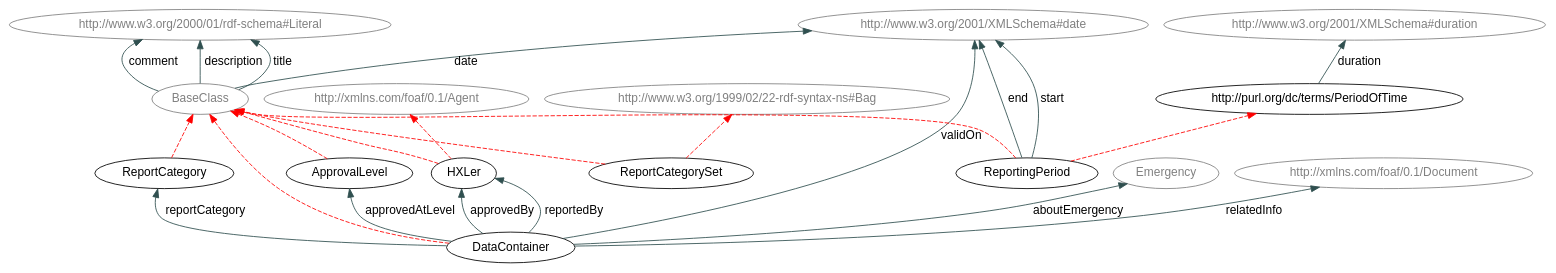
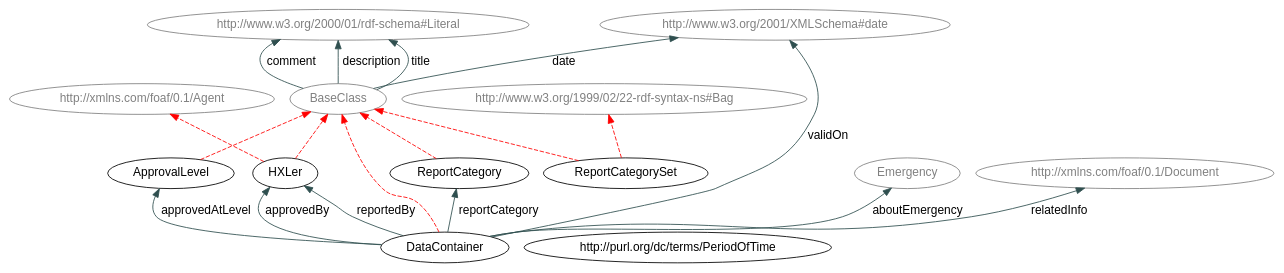
One commit to hxl-team/HXL-Vocab changed the diagram in Tools/metadataSection.dot. Above: the diagram before and after it, drawn with Graphviz. The commit also changed 10 other files, not shown here.

Commit message:
Removed ReportingPeriod class and its start/end properties

```diff
--- a/Tools/metadataSection.dot
+++ b/Tools/metadataSection.dot
@@ -1,61 +1,51 @@
 digraph { 
  rankdir="BT";	
  charset="utf-8";
  overlap=false;
  edge [color=darkslategray];
  edge [fontname=Helvetica];
  node [fontname=Helvetica];
 
 "ApprovalLevel" [ URL = "./#ApprovalLevel"] ;
 		"BaseClass" [ URL = "./#ApprovalLevel" color="gray" fontcolor="gray"] ;
 				"ApprovalLevel" -> "BaseClass" [ color=red style="dashed" ]; 
 			"DataContainer" [ URL = "./#DataContainer"] ;
 		"BaseClass" [ URL = "./#DataContainer" color="gray" fontcolor="gray"] ;
 				"DataContainer" -> "BaseClass" [ color=red style="dashed" ]; 
 			"HXLer" [ URL = "./#HXLer"] ;
 		"http://xmlns.com/foaf/0.1/Agent" [ URL = "./#HXLer" color="gray" fontcolor="gray"] ;
 				"HXLer" -> "http://xmlns.com/foaf/0.1/Agent" [ color=red style="dashed" ]; 
 			"BaseClass" [ URL = "./#HXLer" color="gray" fontcolor="gray"] ;
 				"HXLer" -> "BaseClass" [ color=red style="dashed" ]; 
 			"ReportCategory" [ URL = "./#ReportCategory"] ;
 		"BaseClass" [ URL = "./#ReportCategory" color="gray" fontcolor="gray"] ;
 				"ReportCategory" -> "BaseClass" [ color=red style="dashed" ]; 
 			"ReportCategorySet" [ URL = "./#ReportCategorySet"] ;
 		"BaseClass" [ URL = "./#ReportCategorySet" color="gray" fontcolor="gray"] ;
 				"ReportCategorySet" -> "BaseClass" [ color=red style="dashed" ]; 
 			"http://www.w3.org/1999/02/22-rdf-syntax-ns#Bag" [ URL = "./#ReportCategorySet" color="gray" fontcolor="gray"] ;
 				"ReportCategorySet" -> "http://www.w3.org/1999/02/22-rdf-syntax-ns#Bag" [ color=red style="dashed" ]; 
-			"ReportingPeriod" [ URL = "./#ReportingPeriod"] ;
-		"BaseClass" [ URL = "./#ReportingPeriod" color="gray" fontcolor="gray"] ;
-				"ReportingPeriod" -> "BaseClass" [ color=red style="dashed" ]; 
-			"ReportingPeriod" -> "http://purl.org/dc/terms/PeriodOfTime" [ color=red style="dashed" ]; 
 			"http://purl.org/dc/terms/PeriodOfTime" [ URL = "./#http://purl.org/dc/terms/PeriodOfTime"] ;
 		"Emergency" [ URL = "./#Emergency" color="gray" fontcolor="gray"] ;
 					"DataContainer" -> "Emergency" [ label="aboutEmergency" URL = "./#aboutEmergency"]; 
 				"DataContainer" -> "ApprovalLevel" [ label="approvedAtLevel" URL = "./#approvedAtLevel"]; 
 				"DataContainer" -> "HXLer" [ label="approvedBy" URL = "./#approvedBy"]; 
 				"BaseClass" [ URL = "./#BaseClass" color="gray" fontcolor="gray"] ;
 				"http://www.w3.org/2000/01/rdf-schema#Literal" [ URL = "./#http://www.w3.org/2000/01/rdf-schema#Literal" color="gray" fontcolor="gray"] ;
 					"BaseClass" -> "http://www.w3.org/2000/01/rdf-schema#Literal" [ label="comment" URL = "./#comment"]; 
 				"BaseClass" [ URL = "./#BaseClass" color="gray" fontcolor="gray"] ;
 				"http://www.w3.org/2001/XMLSchema#date" [ URL = "./#http://www.w3.org/2001/XMLSchema#date" color="gray" fontcolor="gray"] ;
 					"BaseClass" -> "http://www.w3.org/2001/XMLSchema#date" [ label="date" URL = "./#date"]; 
 				"BaseClass" [ URL = "./#BaseClass" color="gray" fontcolor="gray"] ;
 				"http://www.w3.org/2000/01/rdf-schema#Literal" [ URL = "./#http://www.w3.org/2000/01/rdf-schema#Literal" color="gray" fontcolor="gray"] ;
 					"BaseClass" -> "http://www.w3.org/2000/01/rdf-schema#Literal" [ label="description" URL = "./#description"]; 
-				"http://www.w3.org/2001/XMLSchema#duration" [ URL = "./#http://www.w3.org/2001/XMLSchema#duration" color="gray" fontcolor="gray"] ;
-					"http://purl.org/dc/terms/PeriodOfTime" -> "http://www.w3.org/2001/XMLSchema#duration" [ label="duration" URL = "./#duration"]; 
-				"http://www.w3.org/2001/XMLSchema#date" [ URL = "./#http://www.w3.org/2001/XMLSchema#date" color="gray" fontcolor="gray"] ;
-					"ReportingPeriod" -> "http://www.w3.org/2001/XMLSchema#date" [ label="end" URL = "./#end"]; 
 				"http://xmlns.com/foaf/0.1/Document" [ URL = "./#http://xmlns.com/foaf/0.1/Document" color="gray" fontcolor="gray"] ;
 					"DataContainer" -> "http://xmlns.com/foaf/0.1/Document" [ label="relatedInfo" URL = "./#relatedInfo"]; 
 				"DataContainer" -> "ReportCategory" [ label="reportCategory" URL = "./#reportCategory"]; 
 				"DataContainer" -> "HXLer" [ label="reportedBy" URL = "./#reportedBy"]; 
-				"http://www.w3.org/2001/XMLSchema#date" [ URL = "./#http://www.w3.org/2001/XMLSchema#date" color="gray" fontcolor="gray"] ;
-					"ReportingPeriod" -> "http://www.w3.org/2001/XMLSchema#date" [ label="start" URL = "./#start"]; 
 				"BaseClass" [ URL = "./#BaseClass" color="gray" fontcolor="gray"] ;
 				"http://www.w3.org/2000/01/rdf-schema#Literal" [ URL = "./#http://www.w3.org/2000/01/rdf-schema#Literal" color="gray" fontcolor="gray"] ;
 					"BaseClass" -> "http://www.w3.org/2000/01/rdf-schema#Literal" [ label="title" URL = "./#title"]; 
 				"http://www.w3.org/2001/XMLSchema#date" [ URL = "./#http://www.w3.org/2001/XMLSchema#date" color="gray" fontcolor="gray"] ;
 					"DataContainer" -> "http://www.w3.org/2001/XMLSchema#date" [ label="validOn" URL = "./#validOn"]; 
 				}
```
